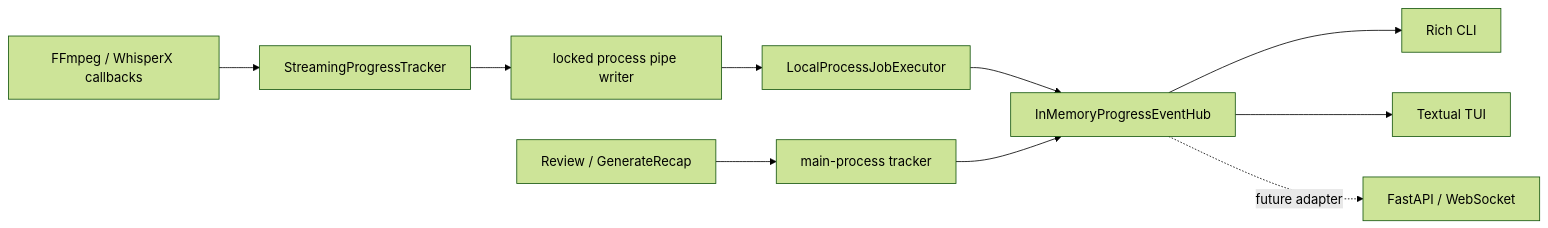
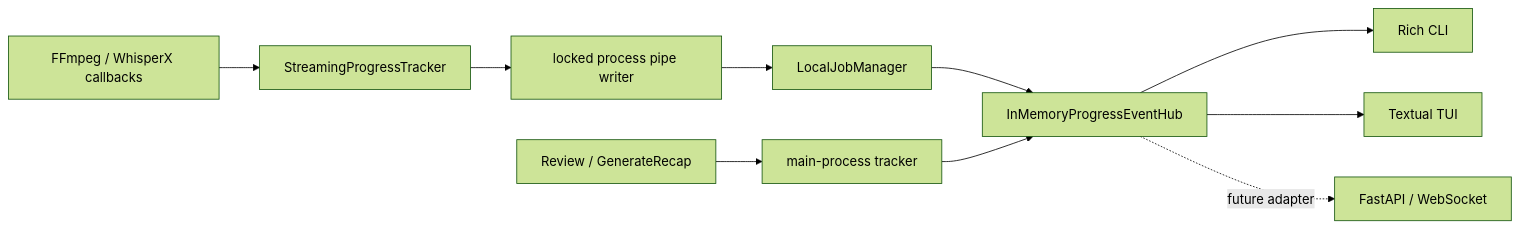
One commit to C0deCat/NoteKeeper changed the diagram in docs/progress.md. Above: the diagram before and after it, drawn with Mermaid (forest theme). The commit also changed 189 other files, not shown here.

````diff
--- a/docs/progress.md
+++ b/docs/progress.md
@@ -80,12 +80,12 @@
 ```mermaid
 flowchart LR
     FF["FFmpeg / WhisperX callbacks"] --> CT["StreamingProgressTracker"]
     CT --> PW["locked process pipe writer"]
-    PW --> EX["LocalProcessJobExecutor"]
+    PW --> EX["LocalJobManager"]
     EX --> HUB["InMemoryProgressEventHub"]
     UC["Review / GenerateRecap"] --> MT["main-process tracker"]
     MT --> HUB
     HUB --> CLI["Rich CLI"]
     HUB --> TUI["Textual TUI"]
     HUB -. future adapter .-> WS["FastAPI / WebSocket"]
 ```
````
